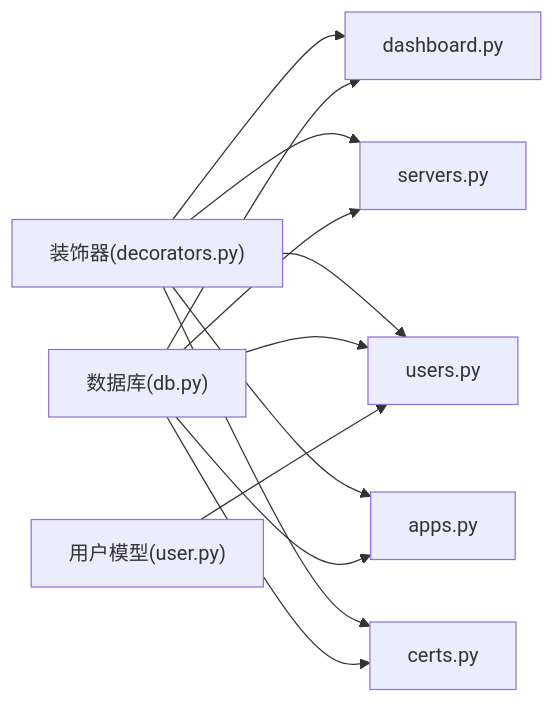
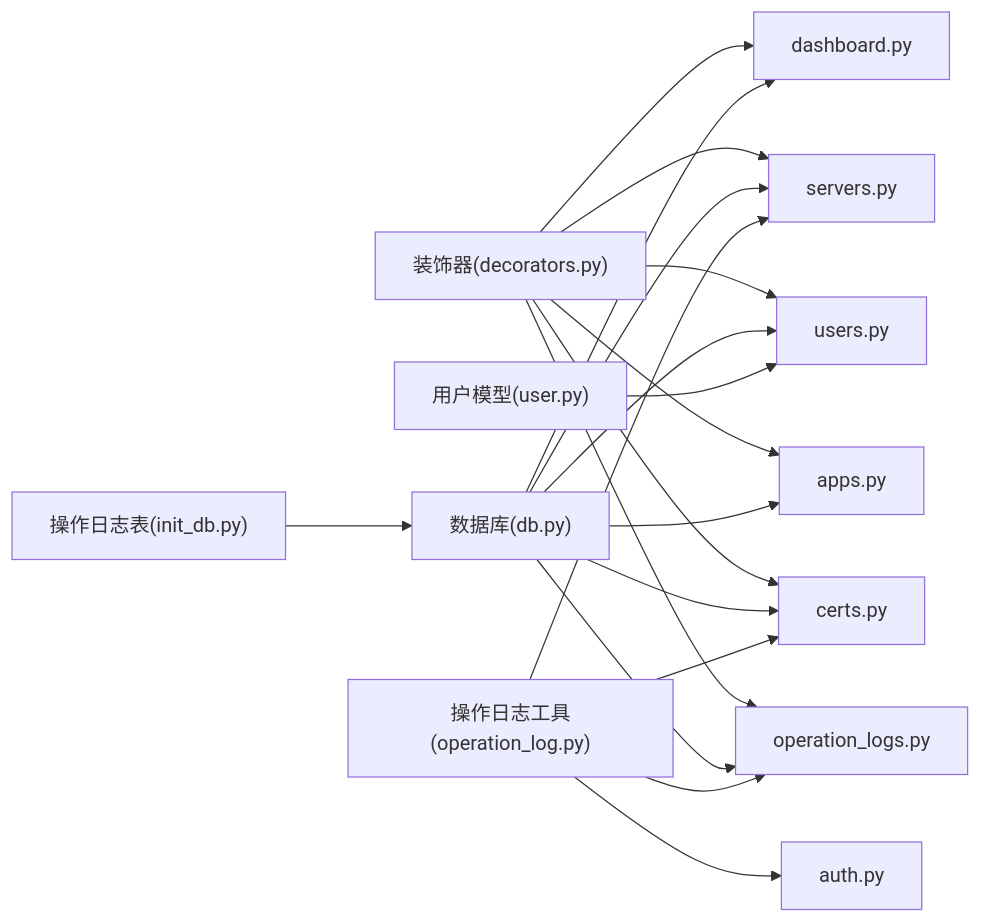
One commit to ismine3/OPS changed the ninth of 9 diagrams in .qoder/repowiki/zh/content/核心功能模块/核心功能模块.md. Above: the diagram before and after it, drawn with Mermaid. The commit also changed other lines of this file and 39 other files, not shown here.

````diff
--- a/.qoder/repowiki/zh/content/核心功能模块/核心功能模块.md
+++ b/.qoder/repowiki/zh/content/核心功能模块/核心功能模块.md
@@ -426,14 +543,21 @@
 ```mermaid
 graph LR
 DEC["装饰器(decorators.py)"] --> BP_Dash["dashboard.py"]
 DEC --> BP_Servers["servers.py"]
 DEC --> BP_Users["users.py"]
 DEC --> BP_Apps["apps.py"]
 DEC --> BP_Certs["certs.py"]
+DEC --> BP_OpsLogs["operation_logs.py"]
 DBU["数据库(db.py)"] --> BP_Dash
 DBU --> BP_Servers
 DBU --> BP_Users
 DBU --> BP_Apps
 DBU --> BP_Certs
+DBU --> BP_OpsLogs
 MODEL["用户模型(user.py)"] --> BP_Users
+OPS_UTIL["操作日志工具(operation_log.py)"] --> BP_Servers
+OPS_UTIL --> BP_Certs
+OPS_UTIL --> BP_OpsLogs
+OPS_UTIL --> AUTH["auth.py"]
+OPS_TABLE["操作日志表(init_db.py)"] --> DBU
 ```
````
